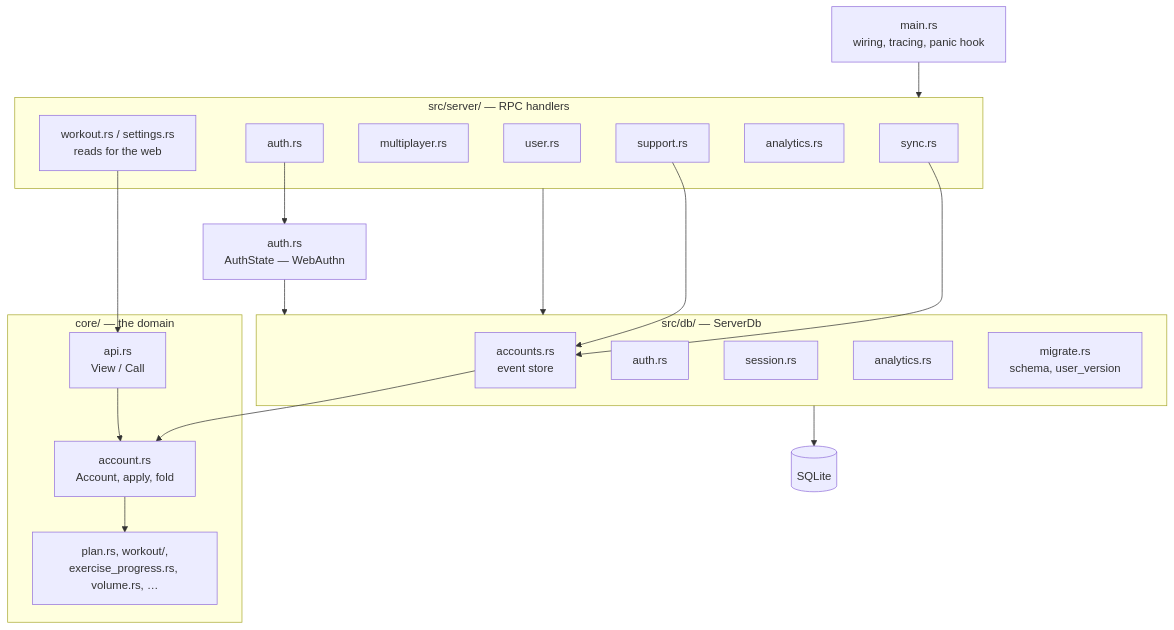
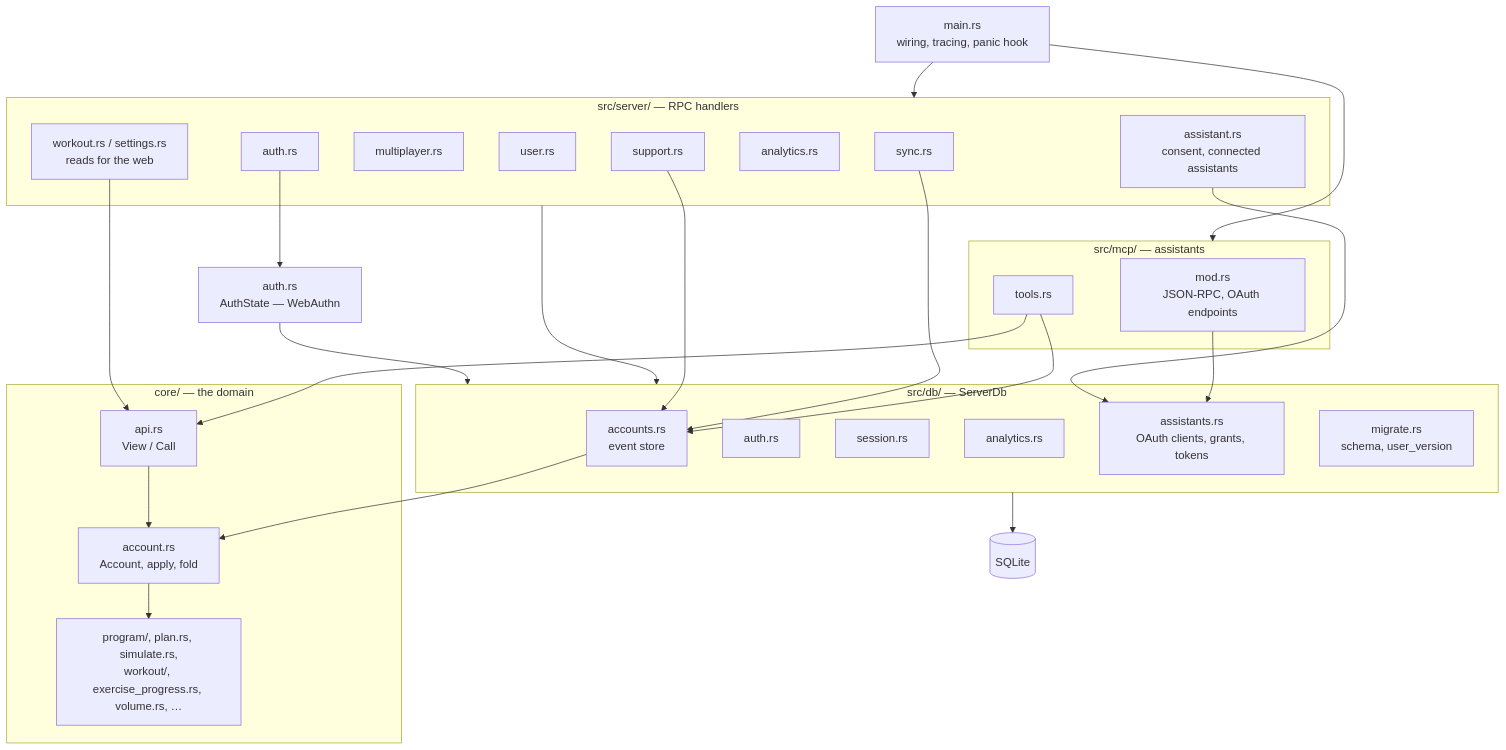
Before and after one commit to brensch/lift: the first of 3 diagrams in docs/architecture/backend.md, drawn with Mermaid. The commit also changed other lines of this file and 8 other files, not shown here.

First line of the commit message:
Docs: the architecture as built on programs

````diff
--- a/docs/architecture/backend.md
+++ b/docs/architecture/backend.md
@@ -11,43 +12,55 @@
 ```mermaid
 graph TD
     main["main.rs<br/>wiring, tracing, panic hook"]
 
     subgraph svc["src/server/ — RPC handlers"]
         sy["sync.rs"]
         w["workout.rs / settings.rs<br/>reads for the web"]
         mp["multiplayer.rs"]
         us["user.rs"]
         au["auth.rs"]
         an["analytics.rs"]
+        asv["assistant.rs<br/>consent, connected assistants"]
         su["support.rs"]
+    end
+
+    subgraph mcpm["src/mcp/ — assistants"]
+        mm["mod.rs<br/>JSON-RPC, OAuth endpoints"]
+        mt["tools.rs"]
     end
 
     subgraph core["core/ — the domain"]
         acc["account.rs<br/>Account, apply, fold"]
         api["api.rs<br/>View / Call"]
-        rules["plan.rs, workout/,<br/>exercise_progress.rs, volume.rs, …"]
+        rules["program/, plan.rs, simulate.rs,<br/>workout/, exercise_progress.rs, volume.rs, …"]
     end
 
     subgraph data["src/db/ — ServerDb"]
         dacc["accounts.rs<br/>event store"]
         dauth["auth.rs"]
         dses["session.rs"]
         dan["analytics.rs"]
+        dass["assistants.rs<br/>OAuth clients, grants, tokens"]
         dmig["migrate.rs<br/>schema, user_version"]
     end
 
     authst["auth.rs<br/>AuthState — WebAuthn"]
     sqlite[("SQLite")]
 
     main --> svc
+    main --> mcpm
+    mt --> api
+    mt --> dacc
+    mm --> dass
+    asv --> dass
     sy --> dacc
     w --> api
     su --> dacc
     dacc --> acc
     acc --> rules
     api --> acc
     au --> authst
     svc --> data
     authst --> data
     data --> sqlite
 ```
````
